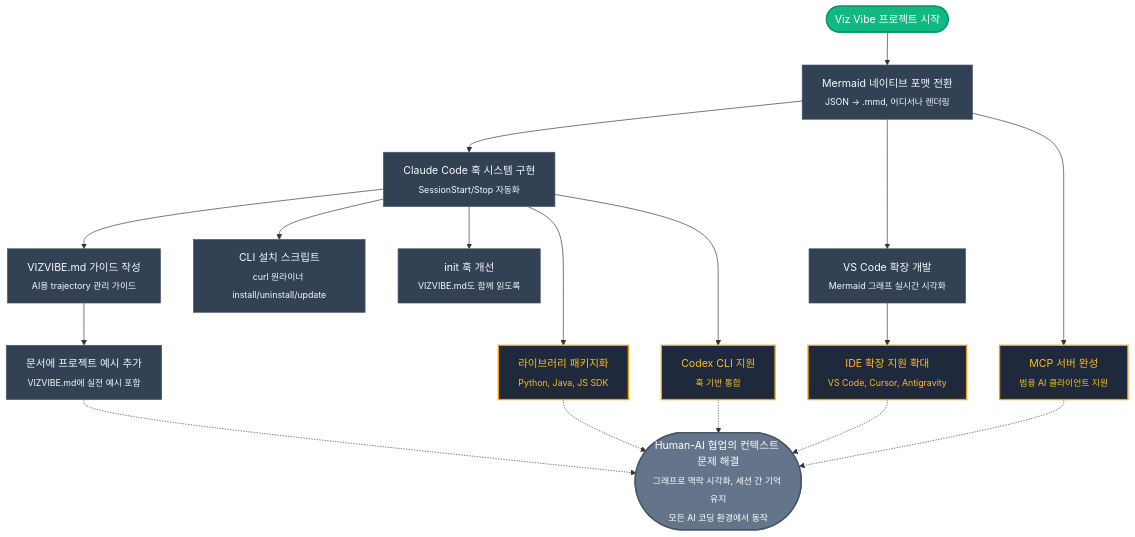
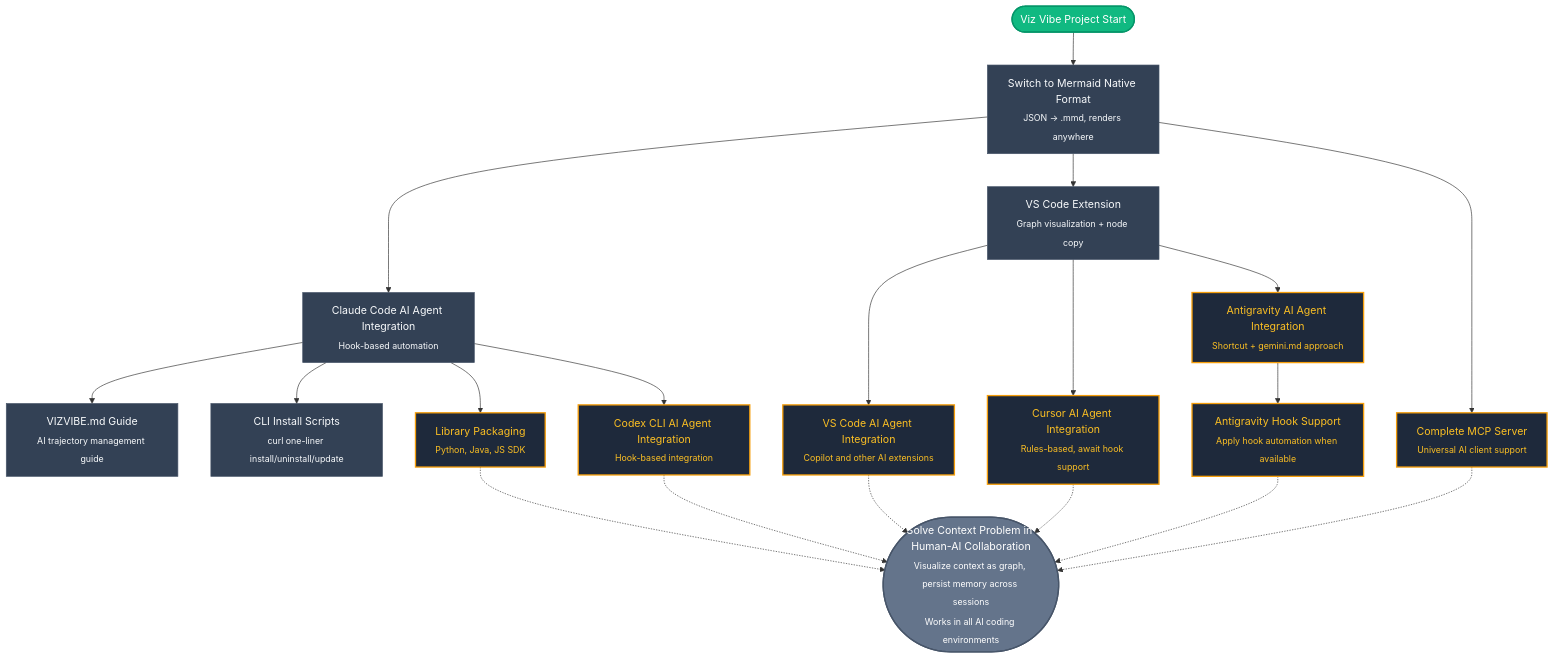
The diagram in vizvibe.mmd (NamHyeongKeol/viz-vibe), drawn with Mermaid before and after one commit. The commit also changed 7 other files, not shown here.

First line of the commit message:
feat: Add node copy feature and multi-platform deployment setup

```diff
--- a/vizvibe.mmd
+++ b/vizvibe.mmd
@@ -1,91 +1,97 @@
 flowchart TD
     %% === PROJECT GOALS ===
     %% Ultimate Goal: Make human-AI collaboration seamless with visual context maps
-    %% Current Goal: Stabilize Claude Code integration, expand to other platforms
+    %% Current Goal: Expand AI agent integrations to other platforms
 
     %% === START & GOAL ===
 
-    %% @project_start [start, closed]: Viz Vibe 프로젝트 시작 - 그래프 기반 컨텍스트 관리 도구
-    project_start(["Viz Vibe 프로젝트 시작"])
+    %% @project_start [start, closed]: Project started - graph-based context management tool
+    project_start(["Viz Vibe Project Start"])
 
-    %% @ultimate_goal [end, opened]: 궁극적 목표 - 모든 AI 코딩 환경에서 컨텍스트를 시각화하고 세션 간 맥락을 유지
-    ultimate_goal(["Human-AI 협업의 컨텍스트 문제 해결<br/><sub>그래프로 맥락 시각화, 세션 간 기억 유지<br/>모든 AI 코딩 환경에서 동작</sub>"])
+    %% @ultimate_goal [end, opened]: Ultimate goal - visualize context and maintain memory across sessions in all AI coding environments
+    ultimate_goal(["Solve Context Problem in Human-AI Collaboration<br/><sub>Visualize context as graph, persist memory across sessions<br/>Works in all AI coding environments</sub>"])
 
     %% === COMPLETED WORK ===
 
-    %% @mermaid_native [ai-task, closed]: JSON에서 Mermaid .mmd로 전환 - GitHub, Notion 등에서 바로 렌더링 가능
-    mermaid_native["Mermaid 네이티브 포맷 전환<br/><sub>JSON → .mmd, 어디서나 렌더링</sub>"]
+    %% @mermaid_native [ai-task, closed]: Switched from JSON to Mermaid .mmd - renders anywhere (GitHub, Notion, etc.)
+    mermaid_native["Switch to Mermaid Native Format<br/><sub>JSON → .mmd, renders anywhere</sub>"]
 
-    %% @claude_code_hooks [ai-task, closed]: Claude Code 훅 구현 - SessionStart/Stop 훅으로 자동 읽기/업데이트
-    claude_code_hooks["Claude Code 훅 시스템 구현<br/><sub>SessionStart/Stop 자동화</sub>"]
+    %% @claude_code_integration [ai-task, closed]: Claude Code AI agent integration - auto read/update via SessionStart/Stop hooks
+    claude_code_integration["Claude Code AI Agent Integration<br/><sub>Hook-based automation</sub>"]
 
-    %% @vizvibe_guide [ai-task, closed]: VIZVIBE.md 가이드 작성 - AI가 trajectory를 관리하는 방법 문서화
-    vizvibe_guide["VIZVIBE.md 가이드 작성<br/><sub>AI용 trajectory 관리 가이드</sub>"]
+    %% @vizvibe_guide [ai-task, closed]: Created VIZVIBE.md guide - documented how AI manages trajectory
+    vizvibe_guide["VIZVIBE.md Guide<br/><sub>AI trajectory management guide</sub>"]
 
-    %% @install_scripts [ai-task, closed]: 설치 스크립트 제작 - curl 한 줄로 설치/삭제/업데이트 가능
-    install_scripts["CLI 설치 스크립트<br/><sub>curl 원라이너 install/uninstall/update</sub>"]
+    %% @install_scripts [ai-task, closed]: Created install scripts - one-liner curl install/uninstall/update
+    install_scripts["CLI Install Scripts<br/><sub>curl one-liner install/uninstall/update</sub>"]
 
-    %% @vscode_extension [ai-task, closed]: VS Code 확장 개발 - .mmd 파일 그래프 시각화
-    vscode_extension["VS Code 확장 개발<br/><sub>Mermaid 그래프 실시간 시각화</sub>"]
+    %% @vscode_extension [ai-task, closed]: Developed VS Code extension - .mmd file graph visualization with node copy feature
+    vscode_extension["VS Code Extension<br/><sub>Graph visualization + node copy</sub>"]
 
-    %% @read_hook_improve [ai-task, closed]: read-vizvibe.js 개선 - vizvibe.mmd와 VIZVIBE.md 모두 읽기
-    read_hook_improve["init 훅 개선<br/><sub>VIZVIBE.md도 함께 읽도록</sub>"]
+    %% === FUTURE WORK: AI AGENT INTEGRATIONS ===
 
-    %% === FUTURE WORK ===
+    %% @vscode_agent_integration [ai-task, opened]: VS Code AI agent integration - Copilot, other AI extensions
+    vscode_agent_integration["VS Code AI Agent Integration<br/><sub>Copilot and other AI extensions</sub>"]
 
-    %% @lib_packaging [ai-task, opened]: 라이브러리 패키지화 - Python, Java, JS 각 환경에 맞게 SDK 제공
-    lib_packaging["라이브러리 패키지화<br/><sub>Python, Java, JS SDK</sub>"]
+    %% @cursor_agent_integration [ai-task, opened]: Cursor AI agent integration - Rules-based approach, hook when available
+    cursor_agent_integration["Cursor AI Agent Integration<br/><sub>Rules-based, await hook support</sub>"]
 
-    %% @mcp_server [ai-task, opened]: MCP 서버 완성 - 다른 AI 클라이언트에서도 사용 가능하게
-    mcp_server["MCP 서버 완성<br/><sub>범용 AI 클라이언트 지원</sub>"]
+    %% @antigravity_agent_integration [ai-task, opened]: Antigravity AI agent integration - shortcut-based approach for now
+    antigravity_agent_integration["Antigravity AI Agent Integration<br/><sub>Shortcut + gemini.md approach</sub>"]
 
-    %% @codex_cli [ai-task, opened]: Codex CLI 지원 - Claude Code처럼 훅 기반 통합
-    codex_cli["Codex CLI 지원<br/><sub>훅 기반 통합</sub>"]
+    %% @antigravity_hook_support [ai-task, opened]: Antigravity hook support - apply hook-based automation when available
+    antigravity_hook_support["Antigravity Hook Support<br/><sub>Apply hook automation when available</sub>"]
 
-    %% @ide_extensions [ai-task, opened]: IDE 확장 지원 확대 - VS Code, Cursor, Antigravity
-    ide_extensions["IDE 확장 지원 확대<br/><sub>VS Code, Cursor, Antigravity</sub>"]
+    %% @codex_cli_integration [ai-task, opened]: Codex CLI AI agent integration - hook-based like Claude Code
+    codex_cli_integration["Codex CLI AI Agent Integration<br/><sub>Hook-based integration</sub>"]
 
-    %% @improve_docs [ai-task, closed]: 문서 개선 - VIZVIBE.md에 실제 프로젝트 예시 추가
-    improve_docs["문서에 프로젝트 예시 추가<br/><sub>VIZVIBE.md에 실전 예시 포함</sub>"]
+    %% === FUTURE WORK: OTHER ===
+
+    %% @lib_packaging [ai-task, opened]: Library packaging - provide SDK for Python, Java, JS environments
+    lib_packaging["Library Packaging<br/><sub>Python, Java, JS SDK</sub>"]
+
+    %% @mcp_server [ai-task, opened]: Complete MCP server - enable use with other AI clients
+    mcp_server["Complete MCP Server<br/><sub>Universal AI client support</sub>"]
 
     %% === CONNECTIONS ===
     project_start --> mermaid_native
+    mermaid_native --> claude_code_integration
+    mermaid_native --> vscode_extension
+    claude_code_integration --> vizvibe_guide
+    claude_code_integration --> install_scripts
+    claude_code_integration --> lib_packaging
+    claude_code_integration --> codex_cli_integration
+    vscode_extension --> vscode_agent_integration
+    vscode_extension --> cursor_agent_integration
+    vscode_extension --> antigravity_agent_integration
+    antigravity_agent_integration --> antigravity_hook_support
+    mermaid_native --> mcp_server
     lib_packaging -.-> ultimate_goal
     mcp_server -.-> ultimate_goal
-    codex_cli -.-> ultimate_goal
-    ide_extensions -.-> ultimate_goal
-    improve_docs -.-> ultimate_goal
-    mermaid_native --> claude_code_hooks
-    mermaid_native --> vscode_extension
-    claude_code_hooks --> vizvibe_guide
-    claude_code_hooks --> install_scripts
-    claude_code_hooks --> read_hook_improve
-    claude_code_hooks --> lib_packaging
-    claude_code_hooks --> codex_cli
-    mermaid_native --> mcp_server
-    vscode_extension --> ide_extensions
-    vizvibe_guide --> improve_docs
+    codex_cli_integration -.-> ultimate_goal
+    vscode_agent_integration -.-> ultimate_goal
+    cursor_agent_integration -.-> ultimate_goal
+    antigravity_hook_support -.-> ultimate_goal
 
     %% === STYLES ===
     %% Start (emerald)
     style project_start fill:#10b981,stroke:#059669,color:#fff,stroke-width:2px
 
     %% Ultimate Goal (gray - end node)
     style ultimate_goal fill:#64748b,stroke:#475569,color:#fff,stroke-width:2px
 
     %% Closed AI Tasks (slate)
     style mermaid_native fill:#334155,stroke:#475569,color:#f8fafc,stroke-width:1px
-    style claude_code_hooks fill:#334155,stroke:#475569,color:#f8fafc,stroke-width:1px
+    style claude_code_integration fill:#334155,stroke:#475569,color:#f8fafc,stroke-width:1px
     style vizvibe_guide fill:#334155,stroke:#475569,color:#f8fafc,stroke-width:1px
     style install_scripts fill:#334155,stroke:#475569,color:#f8fafc,stroke-width:1px
     style vscode_extension fill:#334155,stroke:#475569,color:#f8fafc,stroke-width:1px
-    style read_hook_improve fill:#334155,stroke:#475569,color:#f8fafc,stroke-width:1px
-
-    %% Recently closed
-    style improve_docs fill:#334155,stroke:#475569,color:#f8fafc,stroke-width:1px
 
     %% Opened AI Tasks (amber border)
+    style vscode_agent_integration fill:#1e293b,stroke:#f59e0b,color:#fbbf24,stroke-width:2px
+    style cursor_agent_integration fill:#1e293b,stroke:#f59e0b,color:#fbbf24,stroke-width:2px
+    style antigravity_agent_integration fill:#1e293b,stroke:#f59e0b,color:#fbbf24,stroke-width:2px
+    style antigravity_hook_support fill:#1e293b,stroke:#f59e0b,color:#fbbf24,stroke-width:2px
+    style codex_cli_integration fill:#1e293b,stroke:#f59e0b,color:#fbbf24,stroke-width:2px
     style lib_packaging fill:#1e293b,stroke:#f59e0b,color:#fbbf24,stroke-width:2px
     style mcp_server fill:#1e293b,stroke:#f59e0b,color:#fbbf24,stroke-width:2px
-    style codex_cli fill:#1e293b,stroke:#f59e0b,color:#fbbf24,stroke-width:2px
-    style ide_extensions fill:#1e293b,stroke:#f59e0b,color:#fbbf24,stroke-width:2px
```
